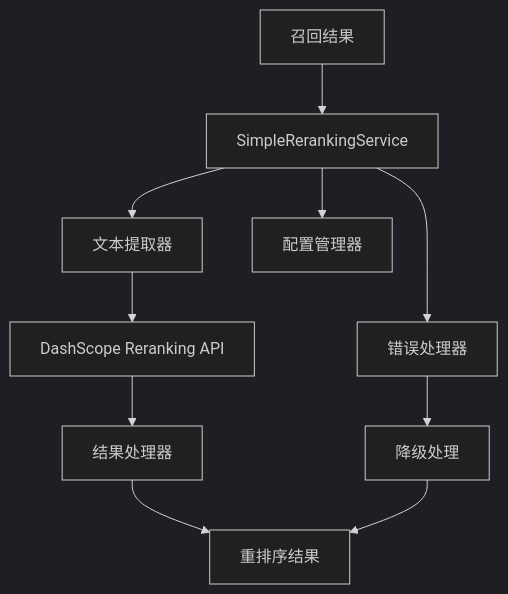
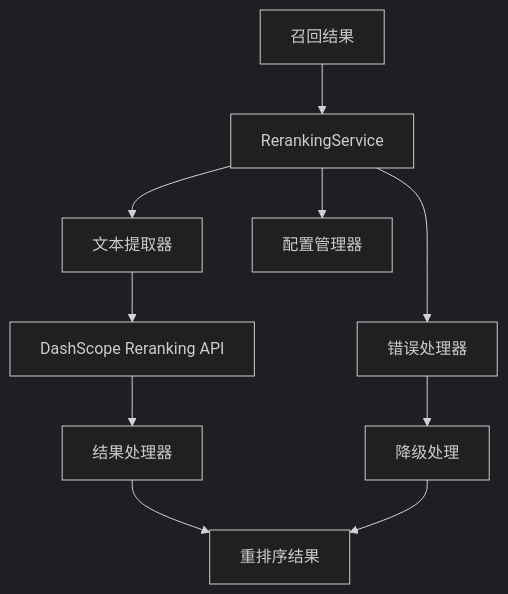
The diagram in RAGsystemV3/share/1.prepare/42.RAG系统Reranking模块详细设计文档.md (alvaxu/RAG-system), drawn with Mermaid (dark theme) before and after one commit. The commit also changed other lines of this file and 163 other files, not shown here.

````diff
--- a/RAGsystemV3/share/1.prepare/42.RAG系统Reranking模块详细设计文档.md
+++ b/RAGsystemV3/share/1.prepare/42.RAG系统Reranking模块详细设计文档.md
@@ -62,13 +62,13 @@
 ```mermaid
 graph TD
-    A[召回结果] --> B[SimpleRerankingService]
+    A[召回结果] --> B[RerankingService]
     B --> C[文本提取器]
     C --> D[DashScope Reranking API]
     D --> E[结果处理器]
     E --> F[重排序结果]
     
     B --> G[配置管理器]
     B --> H[错误处理器]
     H --> I[降级处理]
     I --> F
 ```
````
